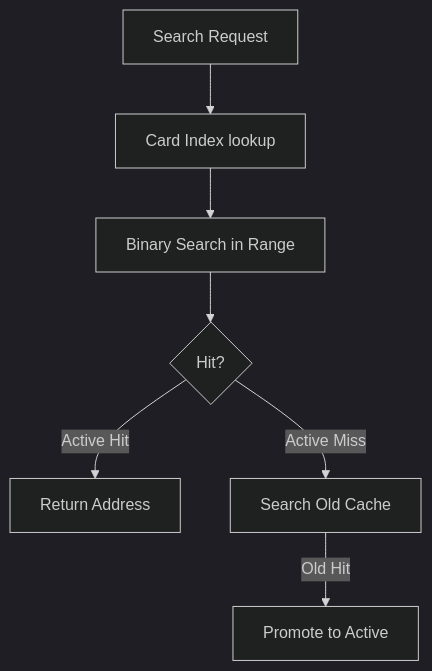
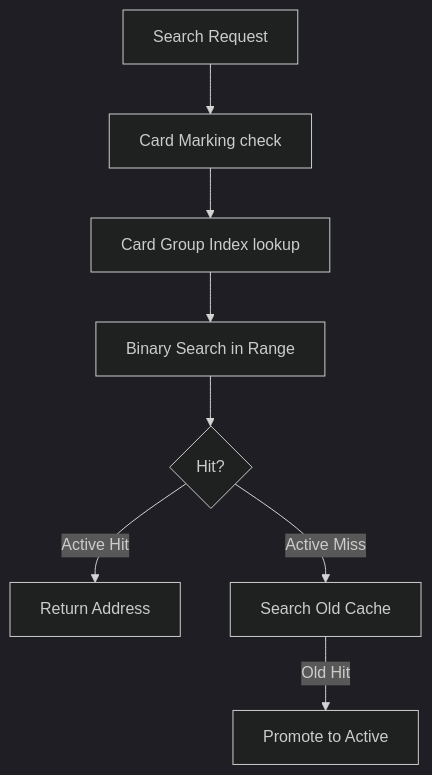
One commit to kmt-t/fireball changed the first of 2 diagrams in docs/orders/components/jit_entry_index.md. Above: the diagram before and after it, drawn with Mermaid (dark theme). The commit also changed other lines of this file and 2 other files, not shown here.

````diff
--- a/docs/orders/components/jit_entry_index.md
+++ b/docs/orders/components/jit_entry_index.md
@@ -14,9 +14,10 @@
 ```mermaid
 graph TD
-    Search[Search Request] --> Card[Card Index lookup]
+    Search[Search Request] --> Mark[Card Marking check]
+    Mark --> Card[Card Group Index lookup]
     Card --> BinSearch[Binary Search in Range]
     BinSearch --> Result{Hit?}
     Result -->|Active Hit| Return[Return Address]
     Result -->|Active Miss| OldSearch[Search Old Cache]
     OldSearch -->|Old Hit| Promote[Promote to Active]
 ```
````
